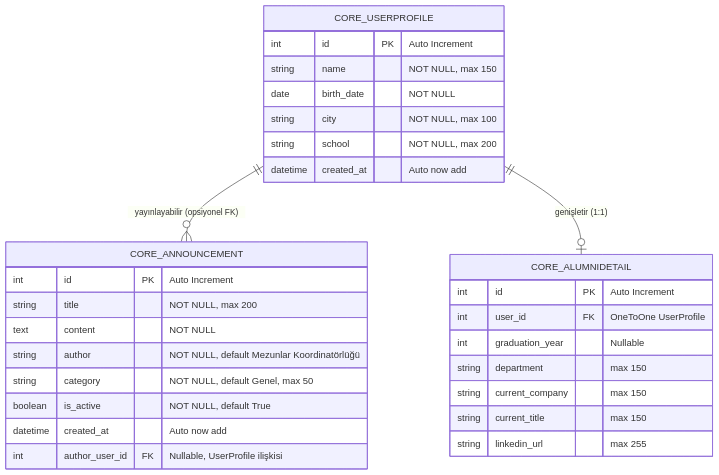
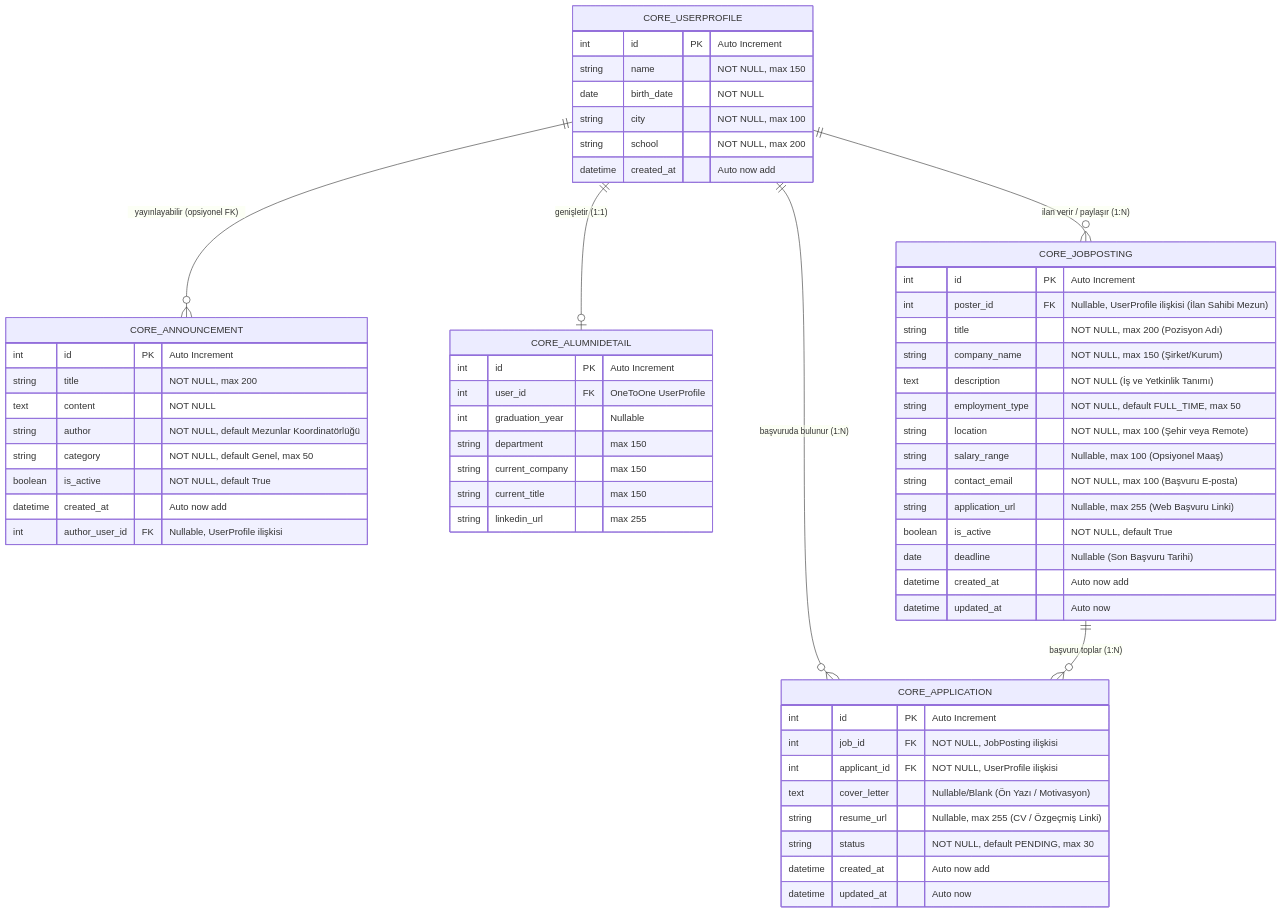
One commit to BahaBadem/alumni changed the second of 3 diagrams in ddd.md. Above: the diagram before and after it, drawn with Mermaid. The commit also changed other lines of this file and 31 other files, not shown here.

Commit message:
job-posting ve applications uygulandı

````diff
--- a/ddd.md
+++ b/ddd.md
@@ -181,35 +212,66 @@
 ```mermaid
 erDiagram
     CORE_USERPROFILE {
         int id PK "Auto Increment"
         string name "NOT NULL, max 150"
         date birth_date "NOT NULL"
         string city "NOT NULL, max 100"
         string school "NOT NULL, max 200"
         datetime created_at "Auto now add"
     }
 
     CORE_ANNOUNCEMENT {
         int id PK "Auto Increment"
         string title "NOT NULL, max 200"
         text content "NOT NULL"
         string author "NOT NULL, default Mezunlar Koordinatörlüğü"
         string category "NOT NULL, default Genel, max 50"
         boolean is_active "NOT NULL, default True"
         datetime created_at "Auto now add"
         int author_user_id FK "Nullable, UserProfile ilişkisi"
     }
 
     CORE_ALUMNIDETAIL {
         int id PK "Auto Increment"
         int user_id FK "OneToOne UserProfile"
         int graduation_year "Nullable"
         string department "max 150"
         string current_company "max 150"
         string current_title "max 150"
         string linkedin_url "max 255"
     }
 
+    CORE_JOBPOSTING {
+        int id PK "Auto Increment"
+        int poster_id FK "Nullable, UserProfile ilişkisi (İlan Sahibi Mezun)"
+        string title "NOT NULL, max 200 (Pozisyon Adı)"
+        string company_name "NOT NULL, max 150 (Şirket/Kurum)"
+        text description "NOT NULL (İş ve Yetkinlik Tanımı)"
+        string employment_type "NOT NULL, default FULL_TIME, max 50"
+        string location "NOT NULL, max 100 (Şehir veya Remote)"
+        string salary_range "Nullable, max 100 (Opsiyonel Maaş)"
+        string contact_email "NOT NULL, max 100 (Başvuru E-posta)"
+        string application_url "Nullable, max 255 (Web Başvuru Linki)"
+        boolean is_active "NOT NULL, default True"
+        date deadline "Nullable (Son Başvuru Tarihi)"
+        datetime created_at "Auto now add"
+        datetime updated_at "Auto now"
+    }
+
+    CORE_APPLICATION {
+        int id PK "Auto Increment"
+        int job_id FK "NOT NULL, JobPosting ilişkisi"
+        int applicant_id FK "NOT NULL, UserProfile ilişkisi"
+        text cover_letter "Nullable/Blank (Ön Yazı / Motivasyon)"
+        string resume_url "Nullable, max 255 (CV / Özgeçmiş Linki)"
+        string status "NOT NULL, default PENDING, max 30"
+        datetime created_at "Auto now add"
+        datetime updated_at "Auto now"
+    }
+
     CORE_USERPROFILE ||--o{ CORE_ANNOUNCEMENT : "yayınlayabilir (opsiyonel FK)"
     CORE_USERPROFILE ||--o| CORE_ALUMNIDETAIL : "genişletir (1:1)"
+    CORE_USERPROFILE ||--o{ CORE_JOBPOSTING : "ilan verir / paylaşır (1:N)"
+    CORE_USERPROFILE ||--o{ CORE_APPLICATION : "başvuruda bulunur (1:N)"
+    CORE_JOBPOSTING ||--o{ CORE_APPLICATION : "başvuru toplar (1:N)"
 ```
````
